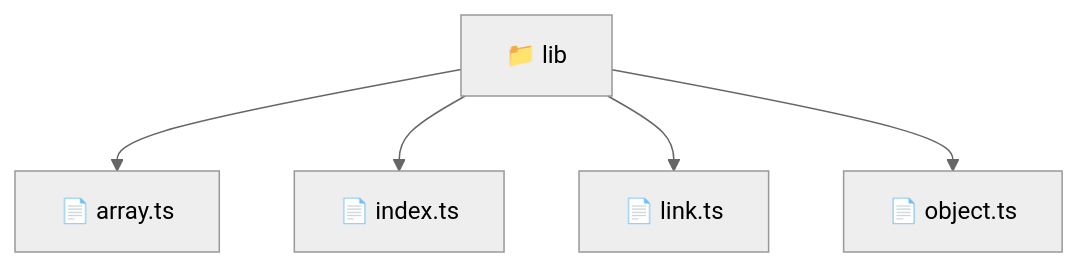
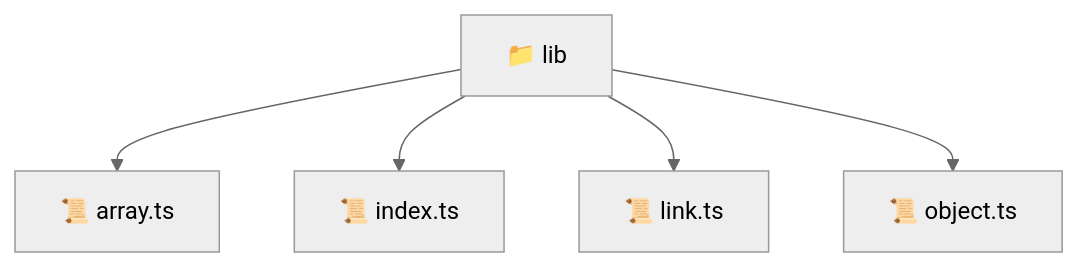
One commit to beginwebdev2002/fullstack-mavluda changed the diagram in frontend/src/shared/lib/README.md. Above: the diagram before and after it, drawn with Mermaid (neutral theme). The commit also changed other lines of this file and 163 other files, not shown here.

````diff
--- a/frontend/src/shared/lib/README.md
+++ b/frontend/src/shared/lib/README.md
@@ -11,8 +11,8 @@
 ```mermaid
 graph TD
-  Root["📁 lib"]
-  Root --> array_ts["📄 array.ts"]
-  Root --> index_ts["📄 index.ts"]
-  Root --> link_ts["📄 link.ts"]
-  Root --> object_ts["📄 object.ts"]
+  lib["📁 lib"]
+  lib --> array_ts["📜 array.ts"]
+  lib --> index_ts["📜 index.ts"]
+  lib --> link_ts["📜 link.ts"]
+  lib --> object_ts["📜 object.ts"]
 ```
````
